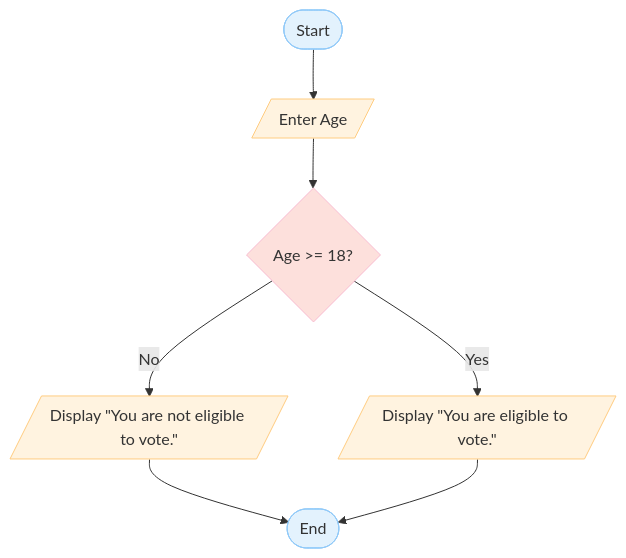
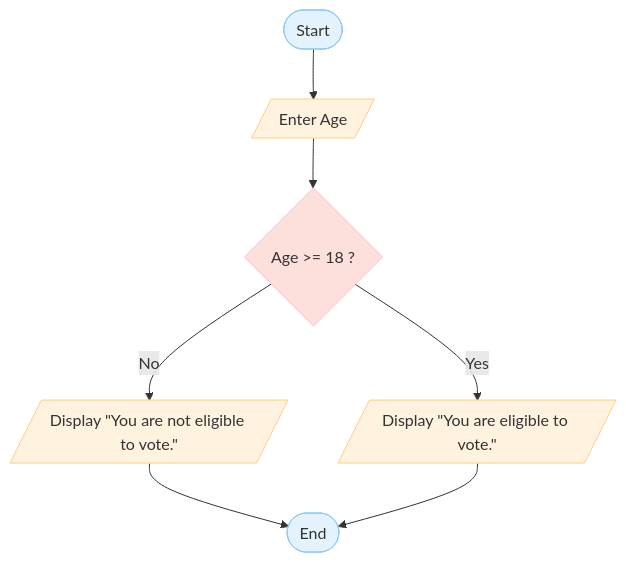
Before and after one commit to joelBIT/workshop-pseudocode-flowcharts: the first of 9 diagrams in README.md, drawn with Mermaid. The commit also changed other lines of this file, not shown here.

First line of the commit message:
Created flowchart and pseudocode for workshop exercise 4

````diff
--- a/README.md
+++ b/README.md
@@ -64,13 +64,13 @@
 ```mermaid
 flowchart TD
     A([Start]):::term --> B[/Enter Age/]:::io
-    B --> C{Age >= 18?}:::dec
+    B --> C{Age >= 18 ?}:::dec
     C -- No --> D[/Display "You are not eligible to vote."/]:::io
     C -- Yes --> E[/Display "You are eligible to vote."/]:::io
     D --> F([End]):::term
     E --> F([End]):::term
 
 classDef term fill:#e3f2fd,stroke:#90caf9,color:#333,stroke-width:1px;
 classDef io fill:#fff3e0,stroke:#ffcc80,color:#333,stroke-width:1px;
 classDef dec fill:#fde0dc,stroke:#f8bbd0,color:#333,stroke-width:1px;
 ```
````
